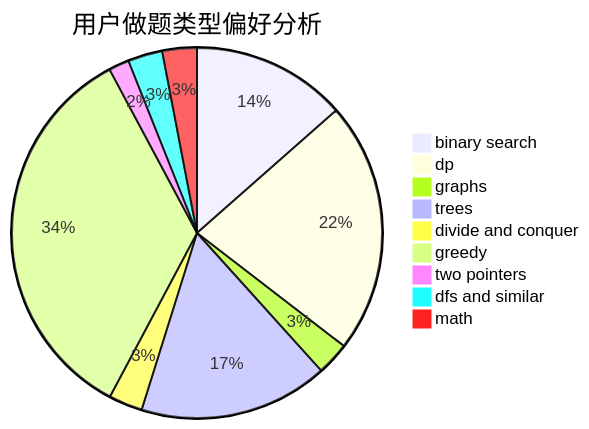
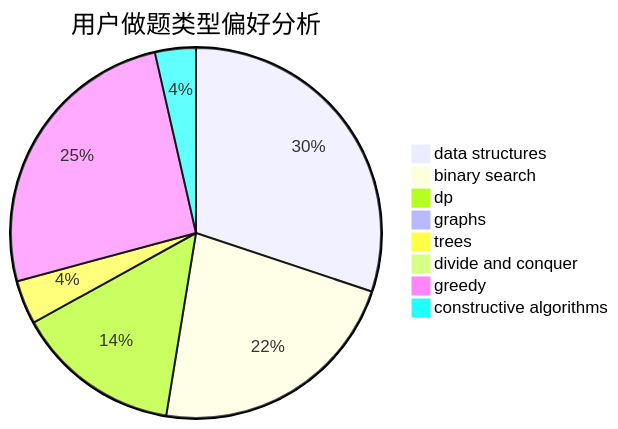
Before and after one commit to sherpahu/cfrs.github.io: the second of 3 diagrams in docs/user/u1909.md, drawn with Mermaid. The commit also changed other lines of this file and 2775 other files, not shown here.

````diff
--- a/docs/user/u1909.md
+++ b/docs/user/u1909.md
@@ -23,12 +23,11 @@
 ```mermaid
 pie title 用户做题类型偏好分析
-    "binary search" :  197
-    "dp" :  320
-    "graphs" :  42
-    "trees" :  241
-    "divide and conquer" :  43
-    "greedy" :  502
-    "two pointers" :  26
-    "dfs and similar" :  44
-    "math" :  44
+    "data structures" :  228
+    "binary search" :  170
+    "dp" :  109
+    "graphs" :  5
+    "trees" :  29
+    "divide and conquer" :  0
+    "greedy" :  194
+    "constructive algorithms" :  27
 ```
````
